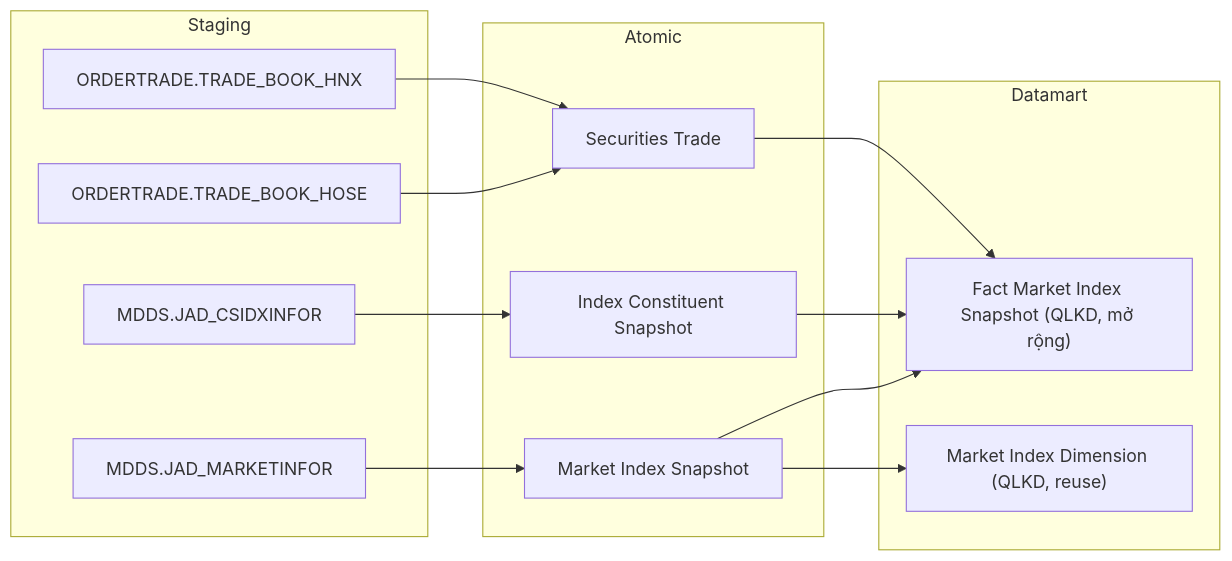
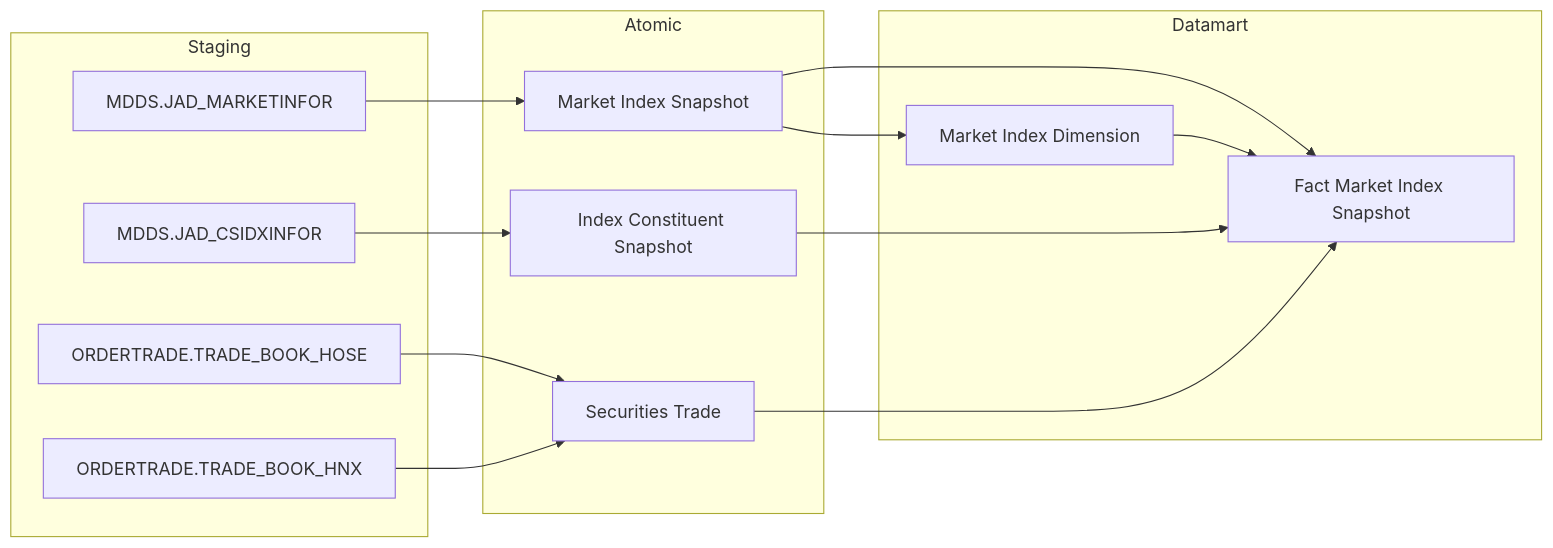
The second of 57 diagrams in Datamart/hld/DTM_GSTT_HLD.md (linhlvit/ubck_atomic_design), drawn with Mermaid before and after one commit. The commit also changed other lines of this file and 21 other files, not shown here.

````diff
--- a/Datamart/hld/DTM_GSTT_HLD.md
+++ b/Datamart/hld/DTM_GSTT_HLD.md
@@ -61,26 +61,27 @@
 ```mermaid
 flowchart LR
     subgraph SRC["Staging"]
         S2A["MDDS.JAD_MARKETINFOR"]
         S2B["MDDS.JAD_CSIDXINFOR"]
         S2C["ORDERTRADE.TRADE_BOOK_HOSE"]
         S2D["ORDERTRADE.TRADE_BOOK_HNX"]
     end
     subgraph SIL["Atomic"]
         A2A["Market Index Snapshot"]
         A2B["Index Constituent Snapshot"]
         A2C["Securities Trade"]
     end
     subgraph GOLD["Datamart"]
-        fct_market_index_snpst["Fact Market Index Snapshot (QLKD, mở rộng)"]
-        market_index_dim["Market Index Dimension (QLKD, reuse)"]
+        fct_market_index_snpst["Fact Market Index Snapshot"]
+        market_index_dim["Market Index Dimension"]
     end
     S2A --> A2A
     S2B --> A2B
     S2C --> A2C
     S2D --> A2C
     A2A --> fct_market_index_snpst
     A2A --> market_index_dim
     A2B --> fct_market_index_snpst
     A2C --> fct_market_index_snpst
+    market_index_dim --> fct_market_index_snpst
 ```
````
